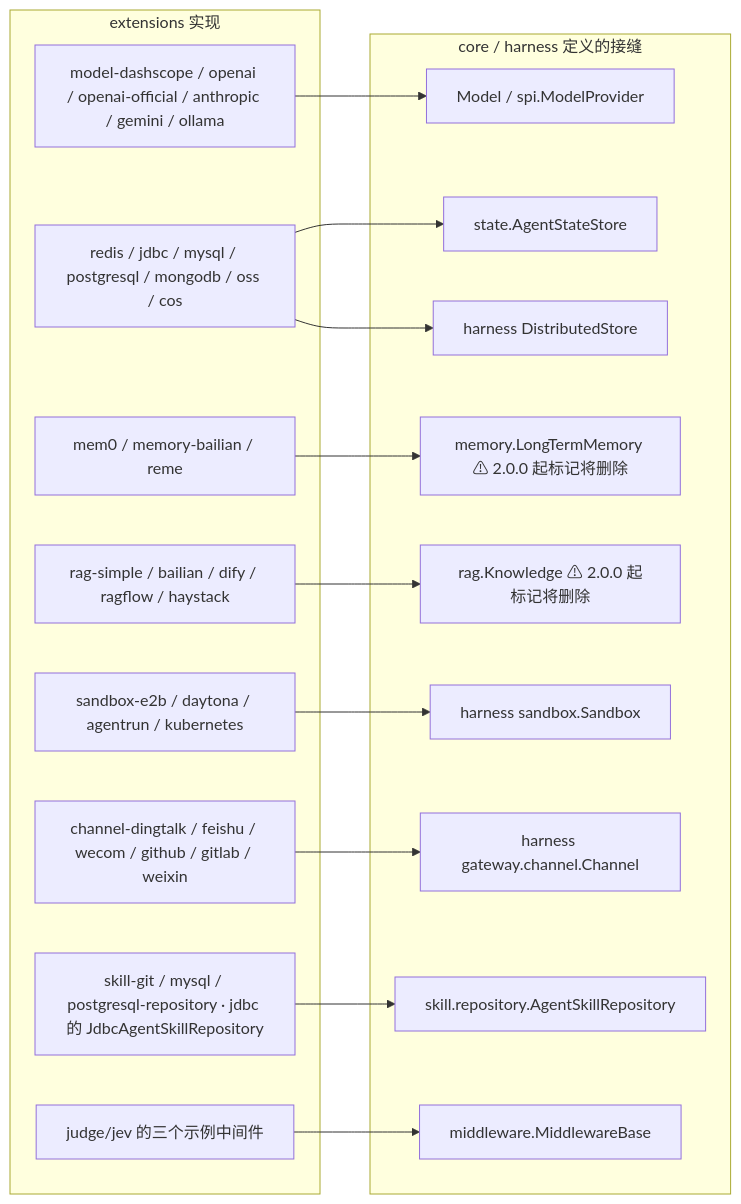
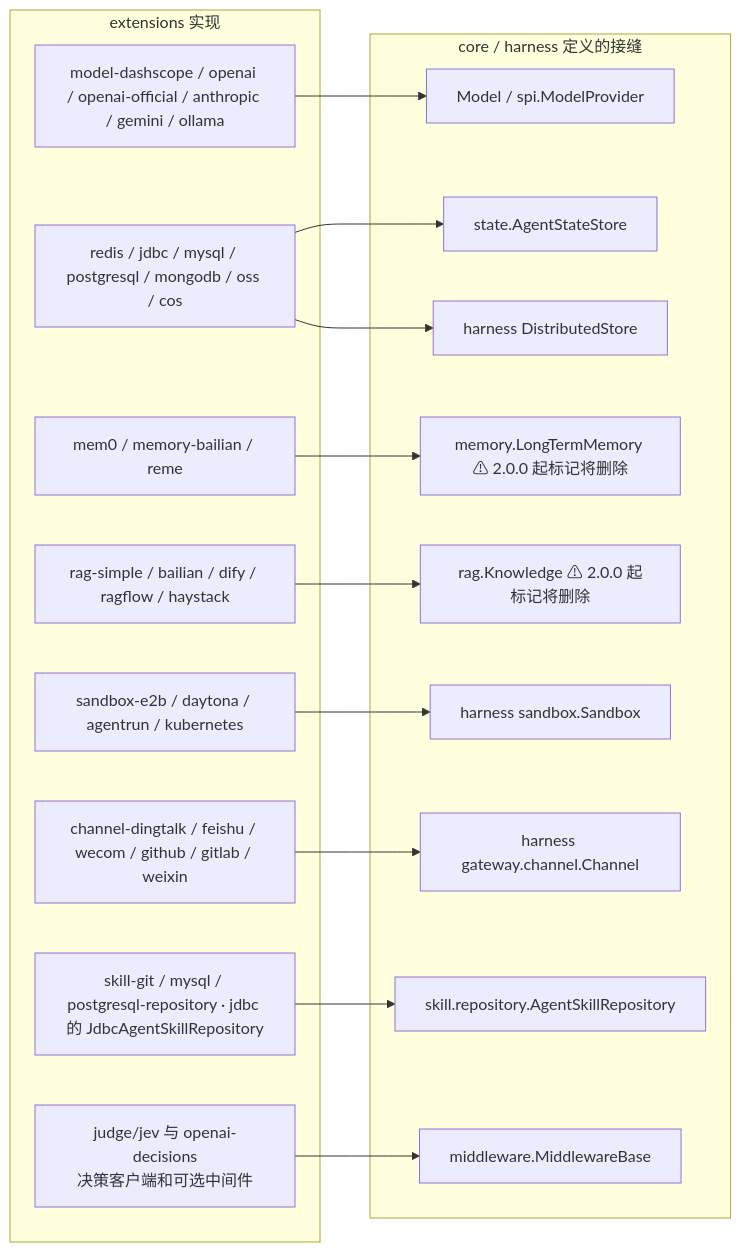
One commit to liulangjietou/AgentScope-source-analysis changed the first of 4 diagrams in 08-扩展生态.md. Above: the diagram before and after it, drawn with Mermaid. The commit also changed other lines of this file and 13 other files, not shown here.

Commit message:
docs: align source guide and diagrams with main dcb131a3

````diff
--- a/08-扩展生态.md
+++ b/08-扩展生态.md
@@ -8,33 +8,33 @@
 ```mermaid
 flowchart LR
     subgraph CORE_IF["core / harness 定义的接缝"]
         IM["Model / spi.ModelProvider"]
         ISS["state.AgentStateStore"]
         ILTM["memory.LongTermMemory ⚠ 2.0.0 起标记将删除"]
         IK["rag.Knowledge ⚠ 2.0.0 起标记将删除"]
         ISB["harness sandbox.Sandbox"]
         ICH["harness gateway.channel.Channel"]
         ISK["skill.repository.AgentSkillRepository"]
         IDS["harness DistributedStore"]
         IMW["middleware.MiddlewareBase"]
     end
     subgraph EXTS["extensions 实现"]
         M5["model-dashscope / openai / openai-official / anthropic / gemini / ollama"]
         ST["redis / jdbc / mysql / postgresql / mongodb / oss / cos"]
         LTM3["mem0 / memory-bailian / reme"]
         RAG5["rag-simple / bailian / dify / ragflow / haystack"]
         SB4["sandbox-e2b / daytona / agentrun / kubernetes"]
         CH6["channel-dingtalk / feishu / wecom / github / gitlab / weixin"]
         SKR["skill-git / mysql / postgresql-repository · jdbc 的 JdbcAgentSkillRepository"]
-        JEV["judge/jev 的三个示例中间件"]
+        JEV["judge/jev 与 openai-decisions<br/>决策客户端和可选中间件"]
     end
     M5 --> IM
     ST --> ISS
     ST --> IDS
     LTM3 --> ILTM
     RAG5 --> IK
     SB4 --> ISB
     CH6 --> ICH
     SKR --> ISK
     JEV --> IMW
 ```
````
